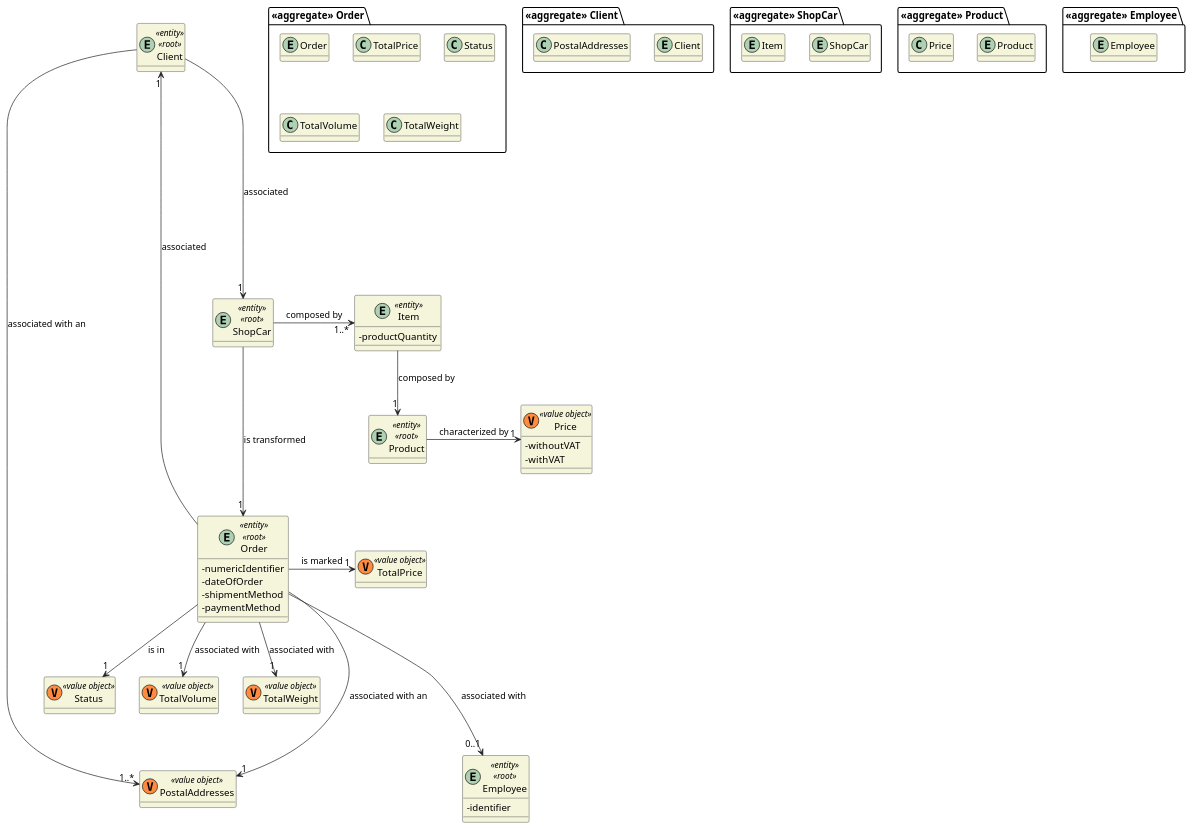
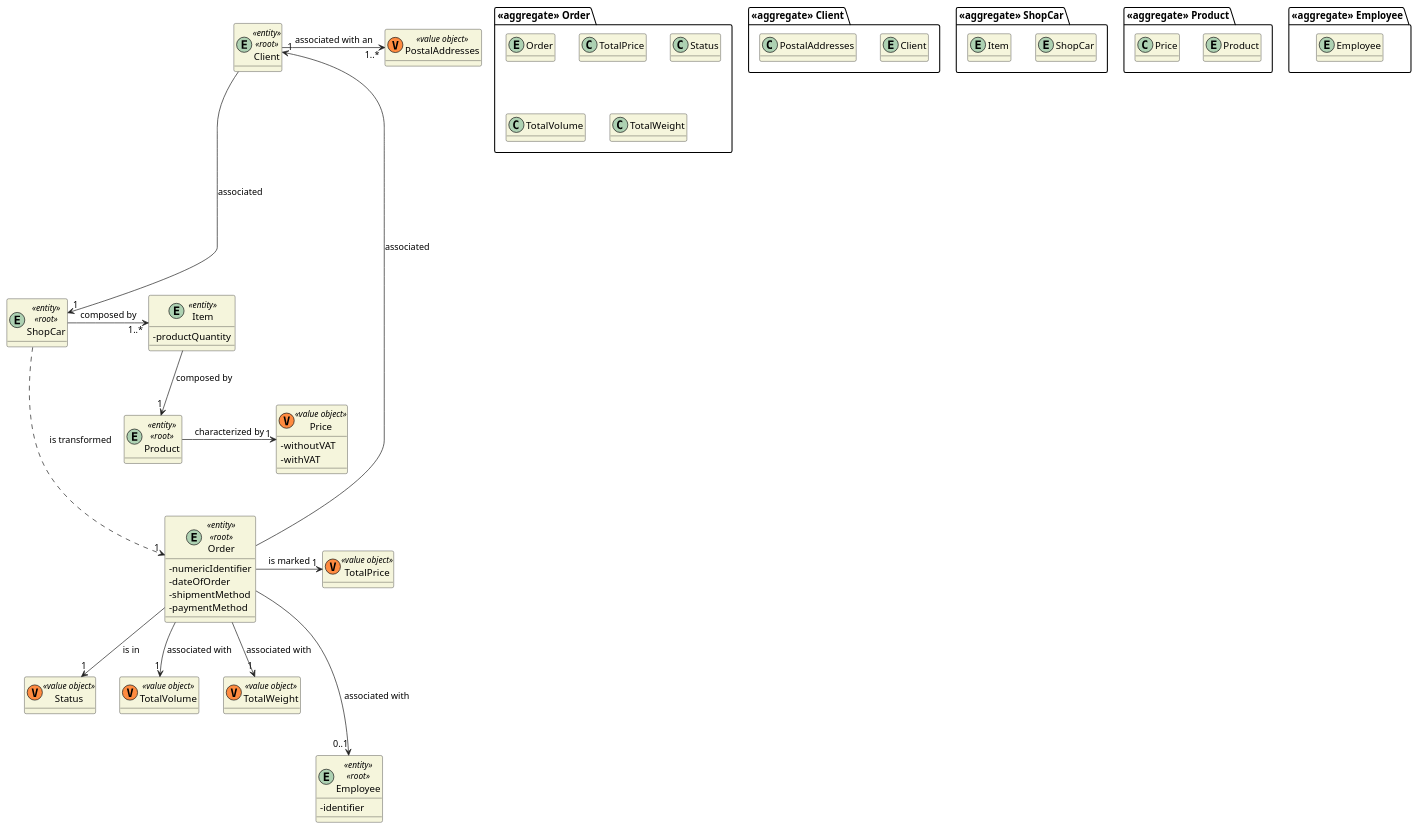
The diagram in docs/DM/DM_Orders.puml (0franciscor/lei21_22_s4_2de_01), drawn with PlantUML before and after one commit. The commit also changed 2 other files, not shown here.

```diff
--- a/docs/DM/DM_Orders.puml
+++ b/docs/DM/DM_Orders.puml
@@ -1,93 +1,92 @@
 @startuml
 'https://plantuml.com/class-diagram
 
 skinparam classAttributeIconSize 0
 hide empty attributes
 skinparam classBackgroundColor beige
 skinparam ArrowColor #222222
 
 package "<<aggregate>> Order"{
     entity Order
     class TotalPrice
     class Status
     class TotalVolume
     class TotalWeight
 }
 
 entity Order <<entity>> <<root>> {
 - numericIdentifier
 - dateOfOrder
 - shipmentMethod
 - paymentMethod
 
 }
 
 class TotalPrice <<(V,#FF8B40) value object>> {}
 class Status <<(V,#FF8B40) value object>> {}
 class TotalVolume <<(V,#FF8B40) value object>> {}
 class TotalWeight <<(V,#FF8B40) value object>> {}
 
 package "<<aggregate>> Client" {
     entity Client
     class PostalAddresses
 }
 
 entity Client <<entity>> <<root>> {
 
 }
 class PostalAddresses <<(V,#FF8B40) value object>> {}
 
 entity Client <<entity>> <<root>> {
 
 }
 package "<<aggregate>> ShopCar"{
     entity ShopCar
     entity Item
 }
 
 entity ShopCar <<entity>> <<root>>{
 
 }
 entity Item <<entity>> {
     -productQuantity
 
 }
 package "<<aggregate>> Product"{
      entity Product
      class Price
 
 }
 
 entity Product <<entity>> <<root>> {
 
 }
 
 class Price <<(V,#FF8B40) value object>> {
     - withoutVAT
     - withVAT
     }
 
 package "<<aggregate>> Employee" {
     entity Employee
 }
 
 entity Employee <<entity>> <<root>> {
     -identifier
 }
 
 Client -----> "1" ShopCar : associated
 Order ----> "1" Client : associated
 Client -> "1..*" PostalAddresses: associated with an
-Order ---> "1" PostalAddresses : associated with an
-ShopCar ---> "1" Order : is transformed
+ShopCar ...> "1" Order : is transformed
 Product -> "1" Price : characterized by
 Item --> "1" Product : composed by
 Order -> "1" TotalPrice : is marked
 ShopCar -> "1..*" Item : composed by
 Order ---> "0..1" Employee : associated with
 Order --> "1" Status : is in
 Order --> "1" TotalVolume : associated with
 Order --> "1" TotalWeight : associated with
 
 
 @enduml
```
